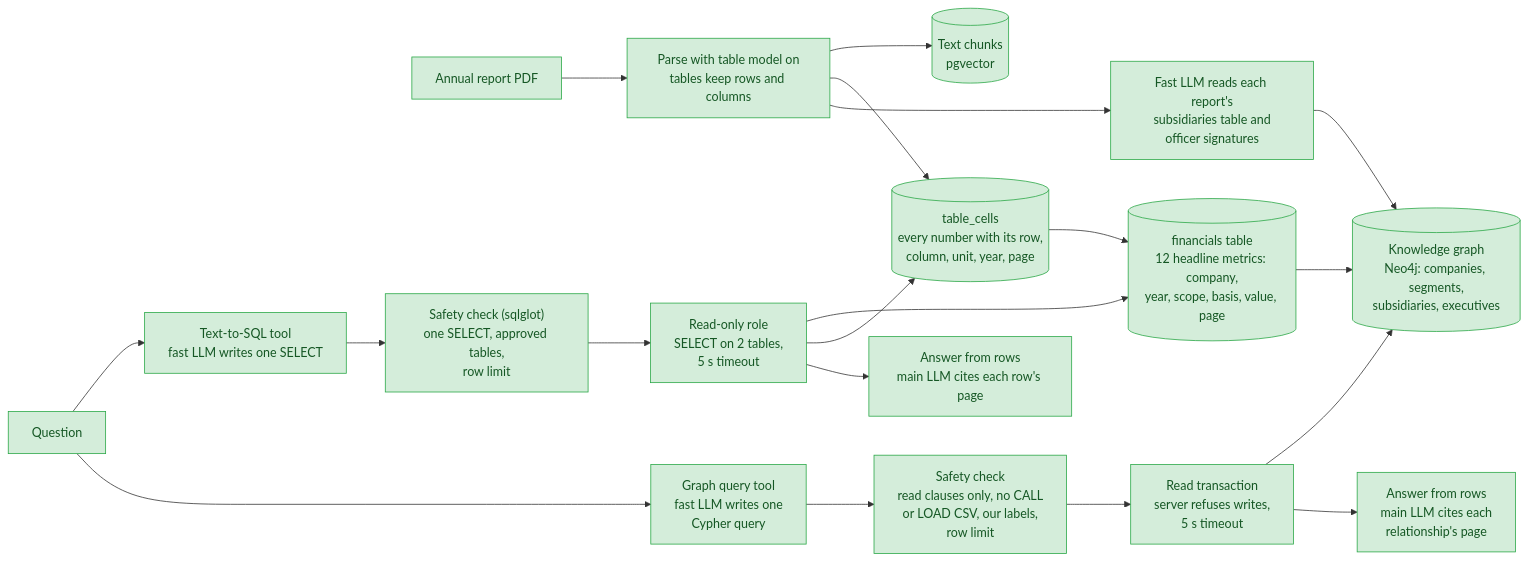
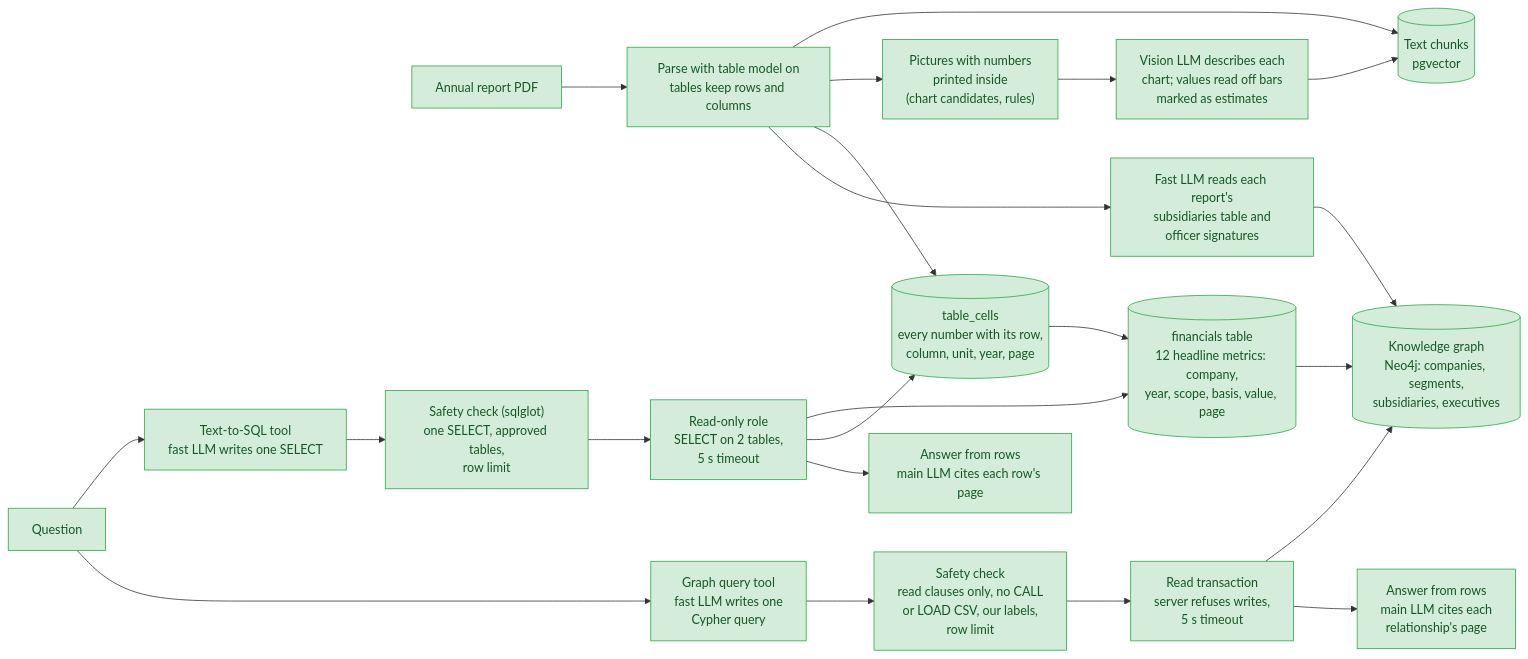
One commit to madeleine68/Reportlens changed the fourth of 6 diagrams in README.md. Above: the diagram before and after it, drawn with Mermaid. The commit also changed other lines of this file and 13 other files, not shown here.

First line of the commit message:
Phase 3: chart summaries with a vision model (describing in progress)

````diff
--- a/README.md
+++ b/README.md
@@ -226,26 +226,29 @@
 ```mermaid
 flowchart LR
     pdf["Annual report PDF"] --> parse["Parse with table model on<br/>tables keep rows and columns"]
     parse --> text[("Text chunks<br/>pgvector")]
+    parse --> pics["Pictures with numbers<br/>printed inside<br/>(chart candidates, rules)"]
+    pics --> vision["Vision LLM describes each<br/>chart; values read off bars<br/>marked as estimates"]
+    vision --> text
     parse --> cells[("table_cells<br/>every number with its row,<br/>column, unit, year, page")]
     cells --> fin[("financials table<br/>12 headline metrics: company,<br/>year, scope, basis, value, page")]
     fin --> kg[("Knowledge graph<br/>Neo4j: companies, segments,<br/>subsidiaries, executives")]
     parse --> extract["Fast LLM reads each report's<br/>subsidiaries table and<br/>officer signatures"]
     extract --> kg
     q["Question"] --> sqltool["Text-to-SQL tool<br/>fast LLM writes one SELECT"]
     sqltool --> safety["Safety check (sqlglot)<br/>one SELECT, approved tables,<br/>row limit"]
     safety --> reader["Read-only role<br/>SELECT on 2 tables,<br/>5 s timeout"]
     reader --> fin
     reader --> cells
     reader --> sqlans["Answer from rows<br/>main LLM cites each row's page"]
     q --> cypher["Graph query tool<br/>fast LLM writes one<br/>Cypher query"]
     cypher --> csafety["Safety check<br/>read clauses only, no CALL<br/>or LOAD CSV, our labels,<br/>row limit"]
     csafety --> readtx["Read transaction<br/>server refuses writes,<br/>5 s timeout"]
     readtx --> kg
     readtx --> graphans["Answer from rows<br/>main LLM cites each<br/>relationship's page"]
 
     classDef planned fill:#f1f3f5,stroke:#868e96,color:#495057,stroke-dasharray: 5 5
     classDef done fill:#d4edda,stroke:#28a745,color:#155724
-    class pdf,parse,text,cells,fin,q,sqltool,safety,reader,sqlans,extract,kg done
+    class pdf,parse,text,cells,fin,q,sqltool,safety,reader,sqlans,extract,kg,pics,vision done
     class cypher,csafety,readtx,graphans done
 ```
````
